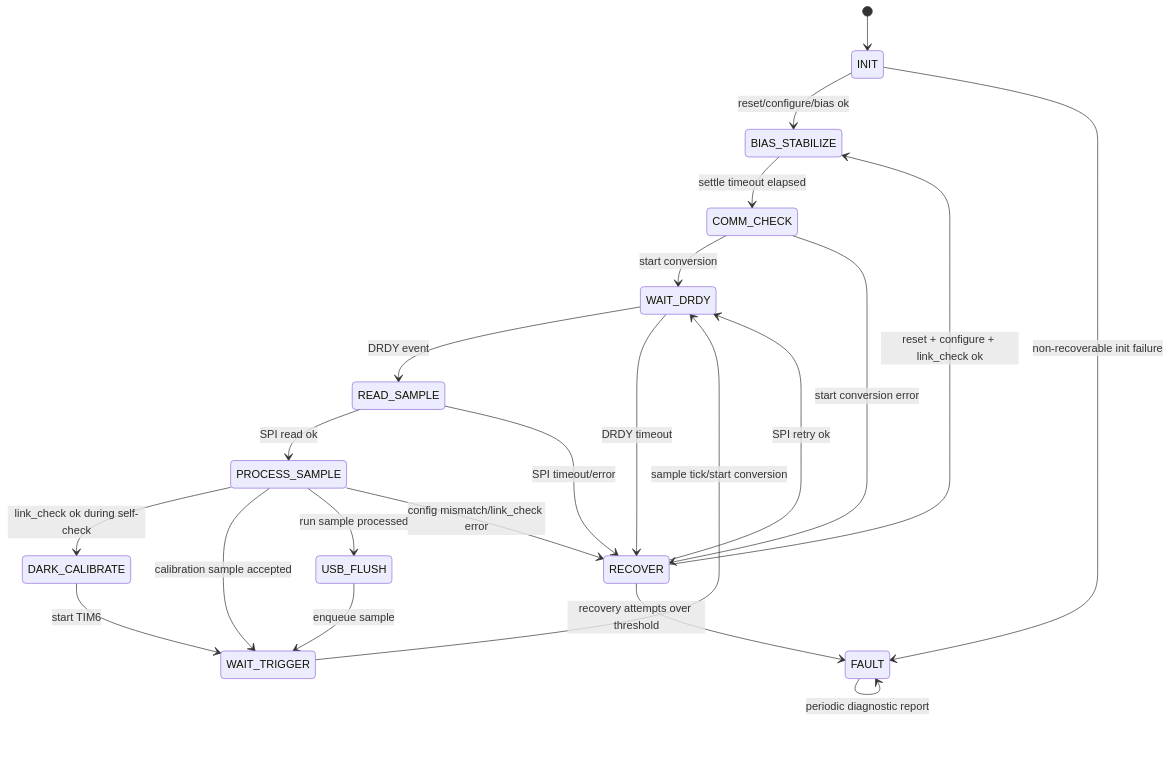
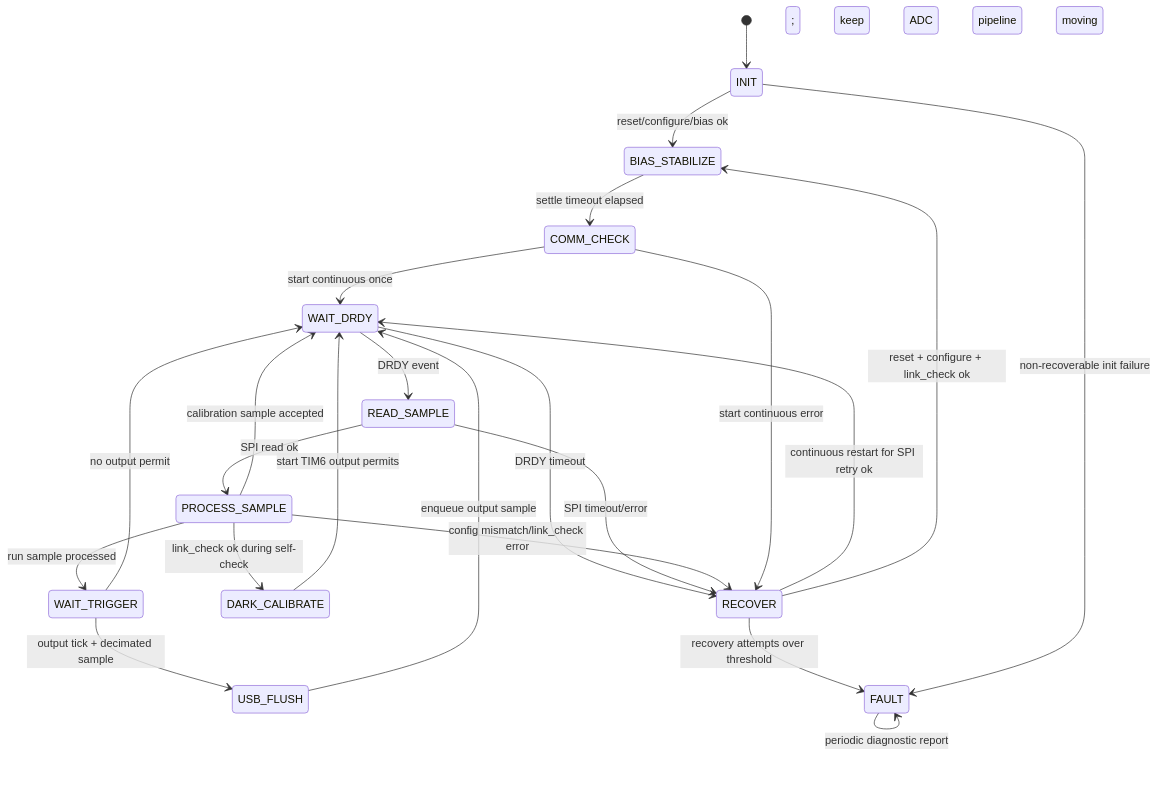
Before and after one commit to Micocies/MCU: the diagram in docs/recovery_state_machine.md, drawn with Mermaid. The commit also changed 100 other files, not shown here.

````diff
--- a/docs/recovery_state_machine.md
+++ b/docs/recovery_state_machine.md
@@ -3,26 +3,27 @@
 ```mermaid
 stateDiagram-v2
   [*] --> INIT
   INIT --> BIAS_STABILIZE: reset/configure/bias ok
   BIAS_STABILIZE --> COMM_CHECK: settle timeout elapsed
-  COMM_CHECK --> WAIT_DRDY: start conversion
-  WAIT_TRIGGER --> WAIT_DRDY: sample tick/start conversion
+  COMM_CHECK --> WAIT_DRDY: start continuous once
+  WAIT_TRIGGER --> USB_FLUSH: output tick + decimated sample
+  WAIT_TRIGGER --> WAIT_DRDY: no output permit; keep ADC pipeline moving
   WAIT_DRDY --> READ_SAMPLE: DRDY event
   READ_SAMPLE --> PROCESS_SAMPLE: SPI read ok
   PROCESS_SAMPLE --> DARK_CALIBRATE: link_check ok during self-check
-  DARK_CALIBRATE --> WAIT_TRIGGER: start TIM6
-  PROCESS_SAMPLE --> WAIT_TRIGGER: calibration sample accepted
-  PROCESS_SAMPLE --> USB_FLUSH: run sample processed
-  USB_FLUSH --> WAIT_TRIGGER: enqueue sample
+  DARK_CALIBRATE --> WAIT_DRDY: start TIM6 output permits
+  PROCESS_SAMPLE --> WAIT_DRDY: calibration sample accepted
+  PROCESS_SAMPLE --> WAIT_TRIGGER: run sample processed
+  USB_FLUSH --> WAIT_DRDY: enqueue output sample
 
   WAIT_DRDY --> RECOVER: DRDY timeout
   READ_SAMPLE --> RECOVER: SPI timeout/error
   PROCESS_SAMPLE --> RECOVER: config mismatch/link_check error
-  COMM_CHECK --> RECOVER: start conversion error
+  COMM_CHECK --> RECOVER: start continuous error
 
-  RECOVER --> WAIT_DRDY: SPI retry ok
+  RECOVER --> WAIT_DRDY: continuous restart for SPI retry ok
   RECOVER --> BIAS_STABILIZE: reset + configure + link_check ok
   RECOVER --> FAULT: recovery attempts over threshold
   INIT --> FAULT: non-recoverable init failure
   FAULT --> FAULT: periodic diagnostic report
 ```
````
